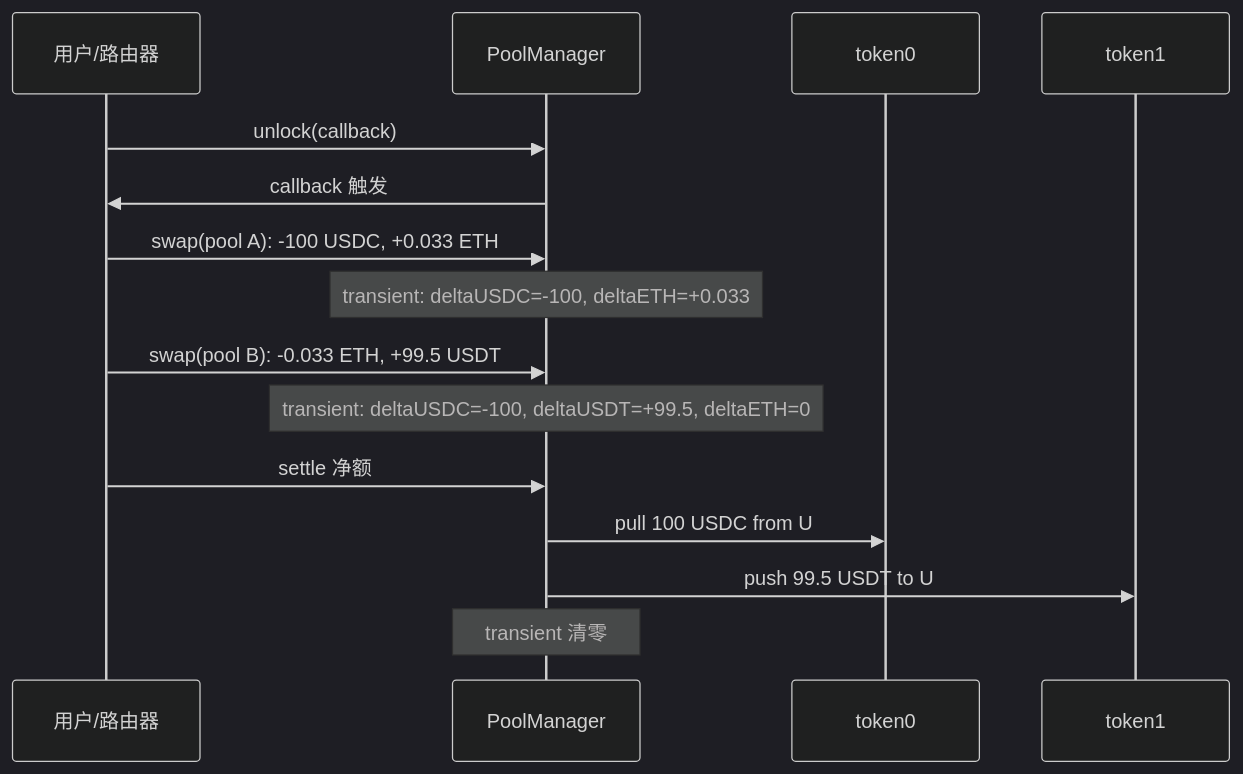
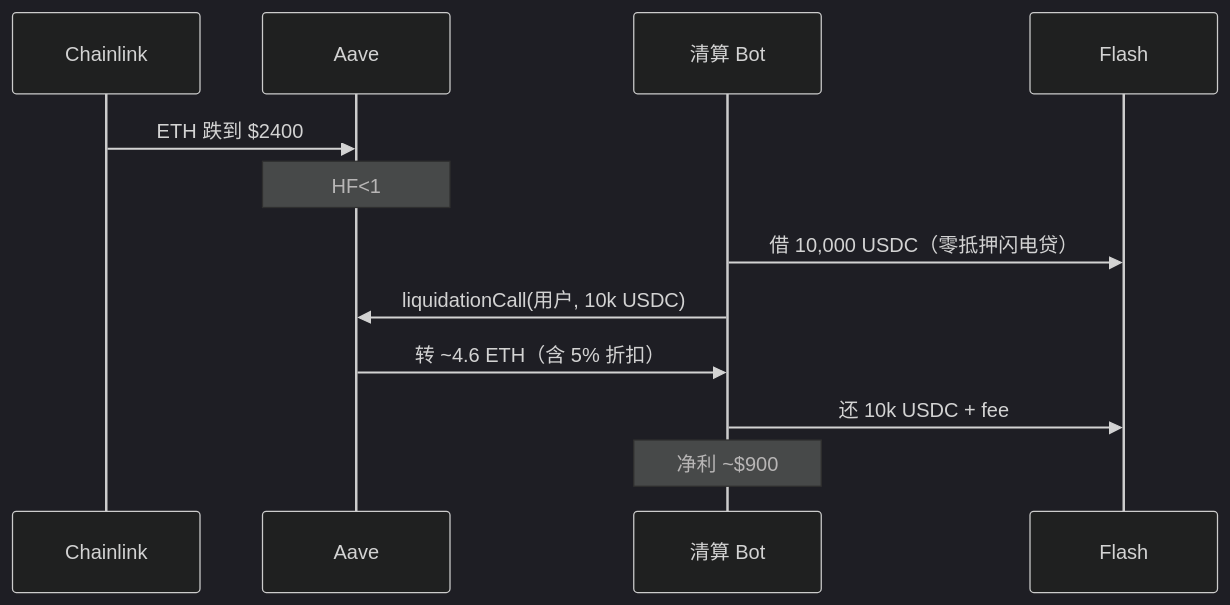
The fifth of 20 diagrams in web3-engineer-guide/06-DeFi协议工程/README.md (ChuwuYo/misc-files), drawn with Mermaid (dark theme) before and after one commit. The commit also changed other lines of this file and 211 other files, not shown here.

````diff
--- a/web3-engineer-guide/06-DeFi协议工程/README.md
+++ b/web3-engineer-guide/06-DeFi协议工程/README.md
@@ -903,18 +382,14 @@
 ```mermaid
 sequenceDiagram
-    participant U as 用户/路由器
-    participant PM as PoolManager
-    participant T0 as token0
-    participant T1 as token1
-
-    U->>PM: unlock(callback)
-    PM->>U: callback 触发
-    U->>PM: swap(pool A): -100 USDC, +0.033 ETH
-    Note over PM: transient: deltaUSDC=-100, deltaETH=+0.033
-    U->>PM: swap(pool B): -0.033 ETH, +99.5 USDT
-    Note over PM: transient: deltaUSDC=-100, deltaUSDT=+99.5, deltaETH=0
-    U->>PM: settle 净额
-    PM->>T0: pull 100 USDC from U
-    PM->>T1: push 99.5 USDT to U
-    Note over PM: transient 清零
+    participant Oracle as Chainlink
+    participant Pool as Aave
+    participant Bot as 清算 Bot
+    participant Flash
+    Oracle->>Pool: ETH 跌到 $2400
+    Note over Pool: HF<1
+    Bot->>Flash: 借 10,000 USDC（零抵押闪电贷）
+    Bot->>Pool: liquidationCall(用户, 10k USDC)
+    Pool->>Bot: 转 ~4.6 ETH（含 5% 折扣）
+    Bot->>Flash: 还 10k USDC + fee
+    Note over Bot: 净利 ~$900
 ```
````
